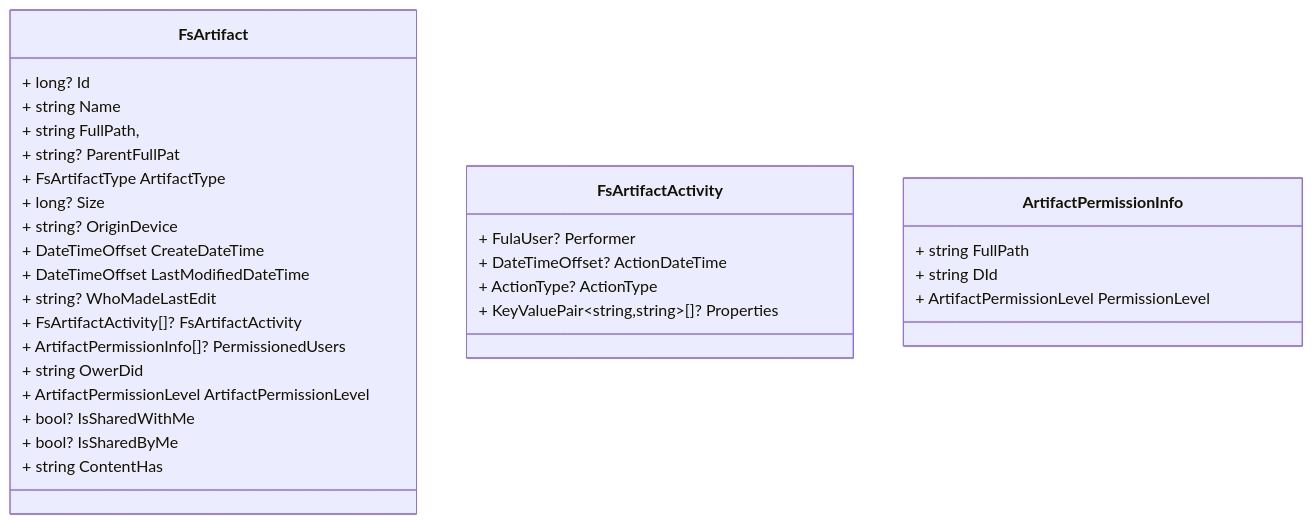
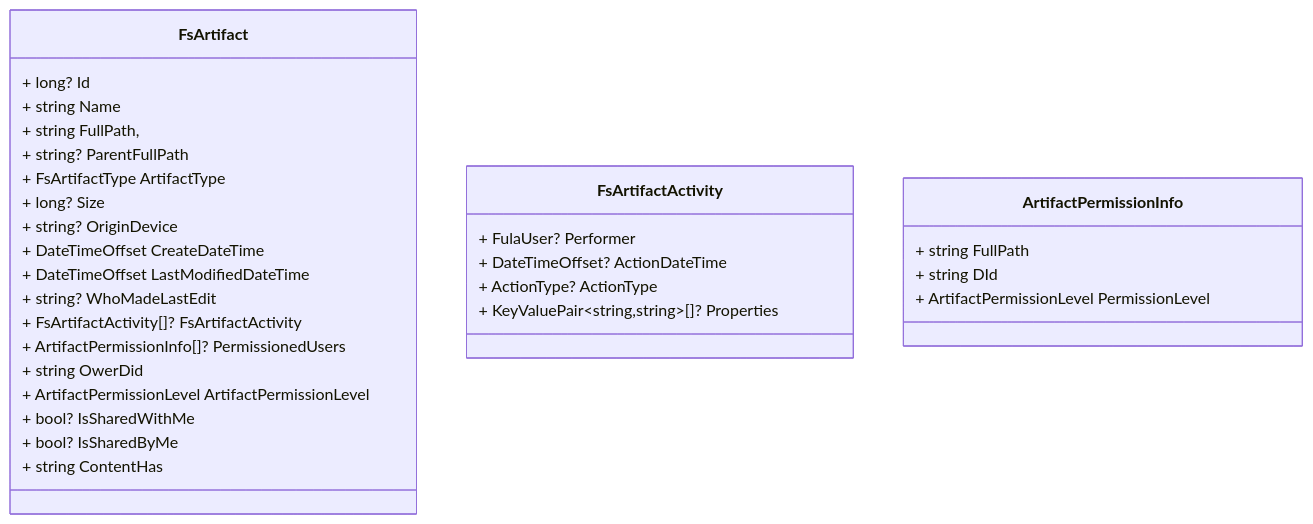
The fourth of 6 diagrams in docs/fula-client-overview.md (functionland/fx-files), drawn with Mermaid before and after one commit. The commit also changed other lines of this file, not shown here.

````diff
--- a/docs/fula-client-overview.md
+++ b/docs/fula-client-overview.md
@@ -73,36 +88,36 @@
 ```mermaid
 classDiagram
 
 class FsArtifact{
     + long?  Id
     + string Name
     + string FullPath,
-    + string? ParentFullPat
+    + string? ParentFullPath
     + FsArtifactType ArtifactType
     + long? Size
     + string? OriginDevice
     + DateTimeOffset CreateDateTime
     + DateTimeOffset LastModifiedDateTime
     + string? WhoMadeLastEdit
     + FsArtifactActivity[]? FsArtifactActivity
     + ArtifactPermissionInfo[]? PermissionedUsers 
     + string OwerDid
     + ArtifactPermissionLevel ArtifactPermissionLevel
     + bool? IsSharedWithMe
     + bool? IsSharedByMe
     + string ContentHas
 }
 
 class FsArtifactActivity{
     + FulaUser? Performer
     + DateTimeOffset? ActionDateTime
     + ActionType? ActionType
     + KeyValuePair~string,string~[]? Properties
 }
 
 class ArtifactPermissionInfo{
     + string FullPath
     + string DId
     + ArtifactPermissionLevel PermissionLevel
 }
 ```
````
